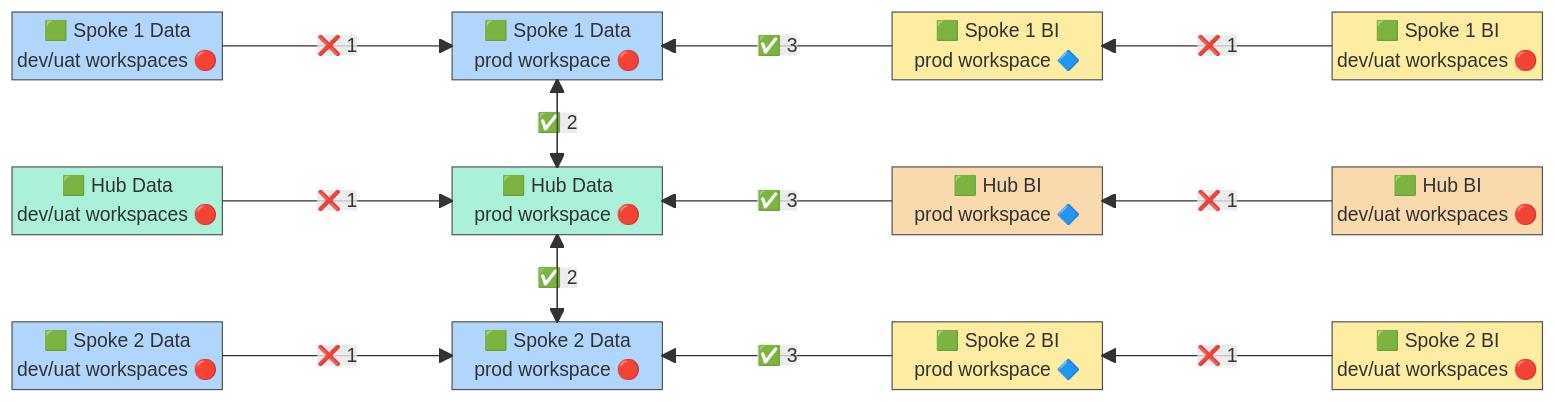
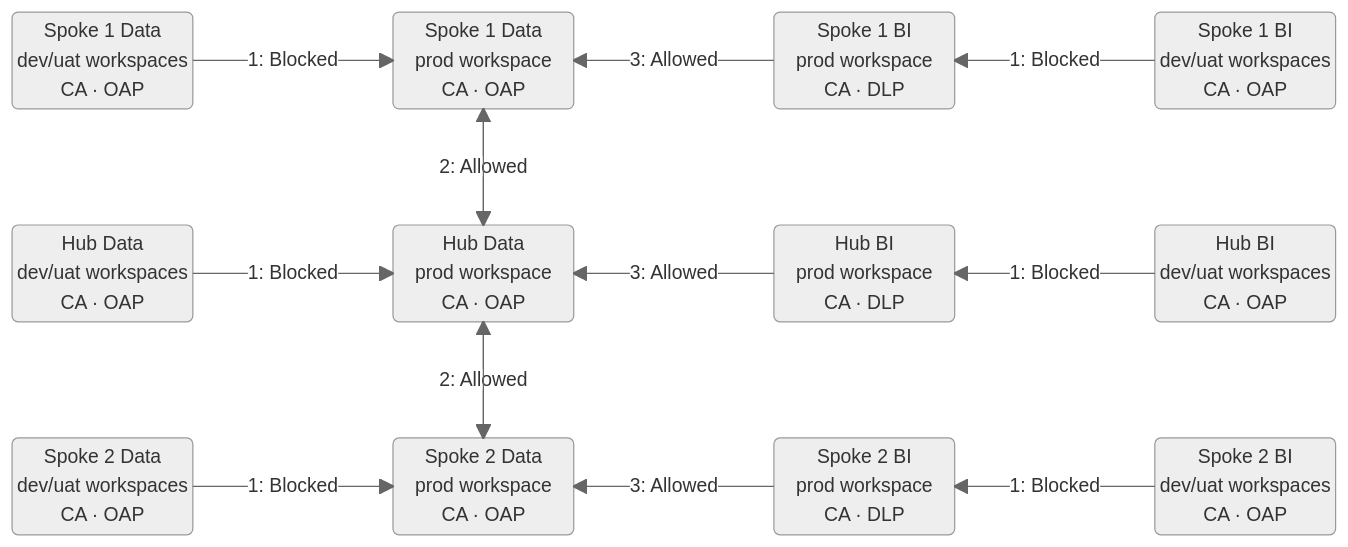
Before and after one commit to fabricnotes/fabricnotes.github.io: the diagram in posts/fabric-hub-spoke-security-blog.md, drawn with Mermaid. The commit also changed other lines of this file and 2 other files, not shown here.

Commit message:
changed to mermaid

````diff
--- a/posts/fabric-hub-spoke-security-blog.md
+++ b/posts/fabric-hub-spoke-security-blog.md
@@ -30,32 +34,24 @@
 ```mermaid
+%%{init: {"theme": "neutral"}}%%
 block-beta
   columns 7
-  S1DD["🟩 Spoke 1 Data<br/>dev/uat workspaces 🔴"] space S1DP["🟩 Spoke 1 Data<br/>prod workspace 🔴"] space S1BP["🟩 Spoke 1 BI<br/>prod workspace 🔷"] space S1BD["🟩 Spoke 1 BI<br/>dev/uat workspaces 🔴"]
+  S1DD("Spoke 1 Data<br/>dev/uat workspaces<br/>CA · OAP") space S1DP("Spoke 1 Data<br/>prod workspace<br/>CA · OAP") space S1BP("Spoke 1 BI<br/>prod workspace<br/>CA · DLP") space S1BD("Spoke 1 BI<br/>dev/uat workspaces<br/>CA · OAP")
   space:7
-  HDD["🟩 Hub Data<br/>dev/uat workspaces 🔴"] space HDP["🟩 Hub Data<br/>prod workspace 🔴"] space HBP["🟩 Hub BI<br/>prod workspace 🔷"] space HBD["🟩 Hub BI<br/>dev/uat workspaces 🔴"]
+  HDD("Hub Data<br/>dev/uat workspaces<br/>CA · OAP") space HDP("Hub Data<br/>prod workspace<br/>CA · OAP") space HBP("Hub BI<br/>prod workspace<br/>CA · DLP") space HBD("Hub BI<br/>dev/uat workspaces<br/>CA · OAP")
   space:7
-  S2DD["🟩 Spoke 2 Data<br/>dev/uat workspaces 🔴"] space S2DP["🟩 Spoke 2 Data<br/>prod workspace 🔴"] space S2BP["🟩 Spoke 2 BI<br/>prod workspace 🔷"] space S2BD["🟩 Spoke 2 BI<br/>dev/uat workspaces 🔴"]
+  S2DD("Spoke 2 Data<br/>dev/uat workspaces<br/>CA · OAP") space S2DP("Spoke 2 Data<br/>prod workspace<br/>CA · OAP") space S2BP("Spoke 2 BI<br/>prod workspace<br/>CA · DLP") space S2BD("Spoke 2 BI<br/>dev/uat workspaces<br/>CA · OAP")
 
-  S1DD -- "❌ 1" --> S1DP
-  S1BP -- "✅ 3" --> S1DP
-  S1BD -- "❌ 1" --> S1BP
-  HDD -- "❌ 1" --> HDP
-  HBP -- "✅ 3" --> HDP
-  HBD -- "❌ 1" --> HBP
-  S2DD -- "❌ 1" --> S2DP
-  S2BP -- "✅ 3" --> S2DP
-  S2BD -- "❌ 1" --> S2BP
-  S1DP -- "✅ 2" --> HDP
+  S1DD -- "1: Blocked" --> S1DP
+  S1BP -- "3: Allowed" --> S1DP
+  S1BD -- "1: Blocked" --> S1BP
+  HDD -- "1: Blocked" --> HDP
+  HBP -- "3: Allowed" --> HDP
+  HBD -- "1: Blocked" --> HBP
+  S2DD -- "1: Blocked" --> S2DP
+  S2BP -- "3: Allowed" --> S2DP
+  S2BD -- "1: Blocked" --> S2BP
+  S1DP -- "2: Allowed" --> HDP
   HDP --> S1DP
-  HDP -- "✅ 2" --> S2DP
+  HDP -- "2: Allowed" --> S2DP
   S2DP --> HDP
-
-  classDef spokeData fill:#b0d7fb,stroke:#555,color:#000
-  classDef hubData fill:#abf0d8,stroke:#555,color:#000
-  classDef spokeBI fill:#fceda3,stroke:#555,color:#000
-  classDef hubBI fill:#f9d9ae,stroke:#555,color:#000
-  class S1DD,S1DP,S2DD,S2DP spokeData
-  class HDD,HDP hubData
-  class S1BP,S1BD,S2BP,S2BD spokeBI
-  class HBP,HBD hubBI
 ```
````
